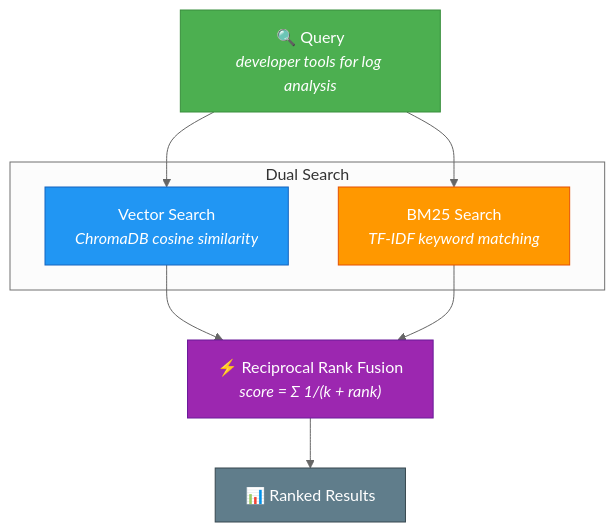
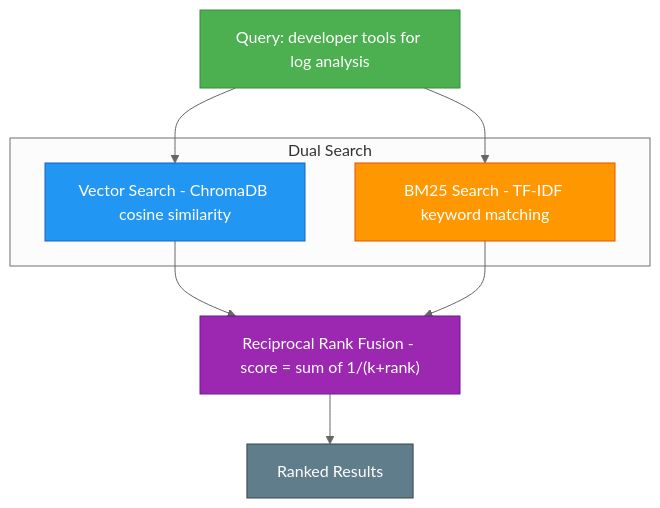
Before and after one commit to soumyachk101/IdeaForge: the fifth of 6 diagrams in README.md, drawn with Mermaid (neutral theme). The commit also changed other lines of this file, not shown here.

First line of the commit message:
Fix all Mermaid diagrams for GitHub renderer compatibility

````diff
--- a/README.md
+++ b/README.md
@@ -348,22 +341,25 @@
 ```mermaid
 flowchart TB
-    Q["🔍 Query<br/><i>developer tools for log analysis</i>"]
+    Q["Query: developer tools for log analysis"]
 
     subgraph SEARCH["Dual Search"]
-        VS["Vector Search<br/><i>ChromaDB cosine similarity</i>"]
-        BM["BM25 Search<br/><i>TF-IDF keyword matching</i>"]
+        VS["Vector Search - ChromaDB cosine similarity"]
+        BM["BM25 Search - TF-IDF keyword matching"]
     end
 
-    FUSION["⚡ Reciprocal Rank Fusion<br/><i>score = Σ 1/(k + rank)</i>"]
+    FUSION["Reciprocal Rank Fusion - score = sum of 1/(k+rank)"]
 
-    RANK["📊 Ranked Results"]
+    RANK["Ranked Results"]
 
-    Q --> VS & BM
-    VS & BM --> FUSION --> RANK
+    Q --> VS
+    Q --> BM
+    VS --> FUSION
+    BM --> FUSION
+    FUSION --> RANK
 
     style Q fill:#4CAF50,stroke:#388E3C,color:#fff
     style VS fill:#2196F3,stroke:#1565C0,color:#fff
     style BM fill:#FF9800,stroke:#E65100,color:#fff
     style FUSION fill:#9C27B0,stroke:#6A1B9A,color:#fff
     style RANK fill:#607D8B,stroke:#37474F,color:#fff
 ```
````
